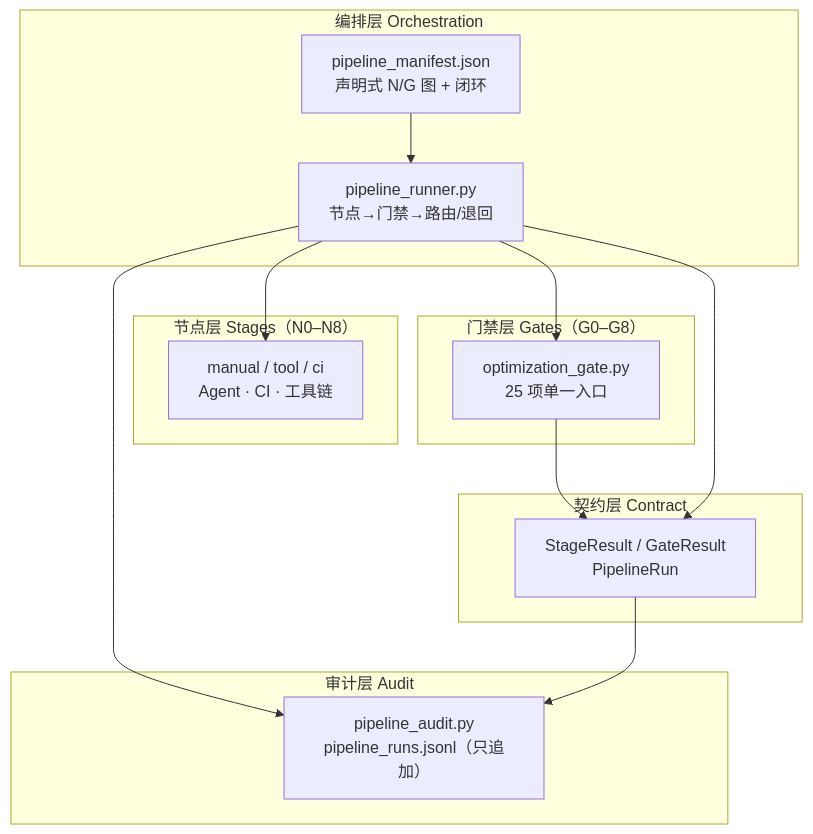
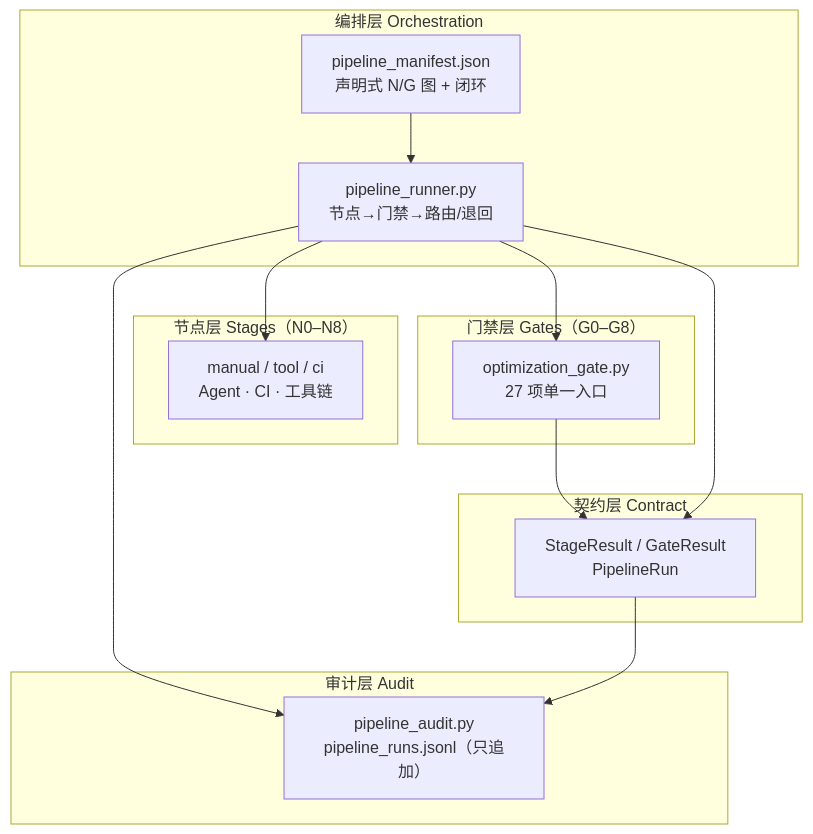
The diagram in engine/docs/report-pipeline-implementation-plan.md (hmbphxkw76-byte/tech-context-digest), drawn with Mermaid before and after one commit. The commit also changed other lines of this file and 23 other files, not shown here.

````diff
--- a/engine/docs/report-pipeline-implementation-plan.md
+++ b/engine/docs/report-pipeline-implementation-plan.md
@@ -24,26 +24,26 @@
 ```mermaid
 flowchart TB
     subgraph ORCH["编排层 Orchestration"]
         M["pipeline_manifest.json<br/>声明式 N/G 图 + 闭环"]
         R["pipeline_runner.py<br/>节点→门禁→路由/退回"]
     end
     subgraph STAGE["节点层 Stages（N0–N8）"]
         S["manual / tool / ci<br/>Agent · CI · 工具链"]
     end
     subgraph GATE["门禁层 Gates（G0–G8）"]
-        OG["optimization_gate.py<br/>25 项单一入口"]
+        OG["optimization_gate.py<br/>27 项单一入口"]
     end
     subgraph CONTRACT["契约层 Contract"]
         C["StageResult / GateResult<br/>PipelineRun"]
     end
     subgraph AUDIT["审计层 Audit"]
         A["pipeline_audit.py<br/>pipeline_runs.jsonl（只追加）"]
     end
     M --> R
     R --> S
     R --> OG
     OG --> C
     R --> C
     R --> A
     C --> A
 ```
````
